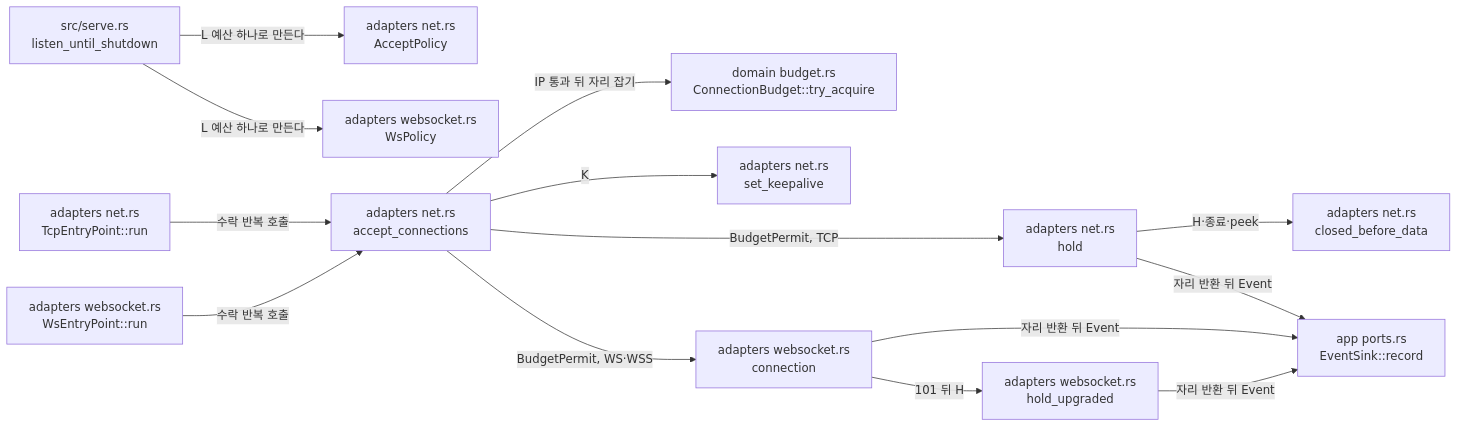
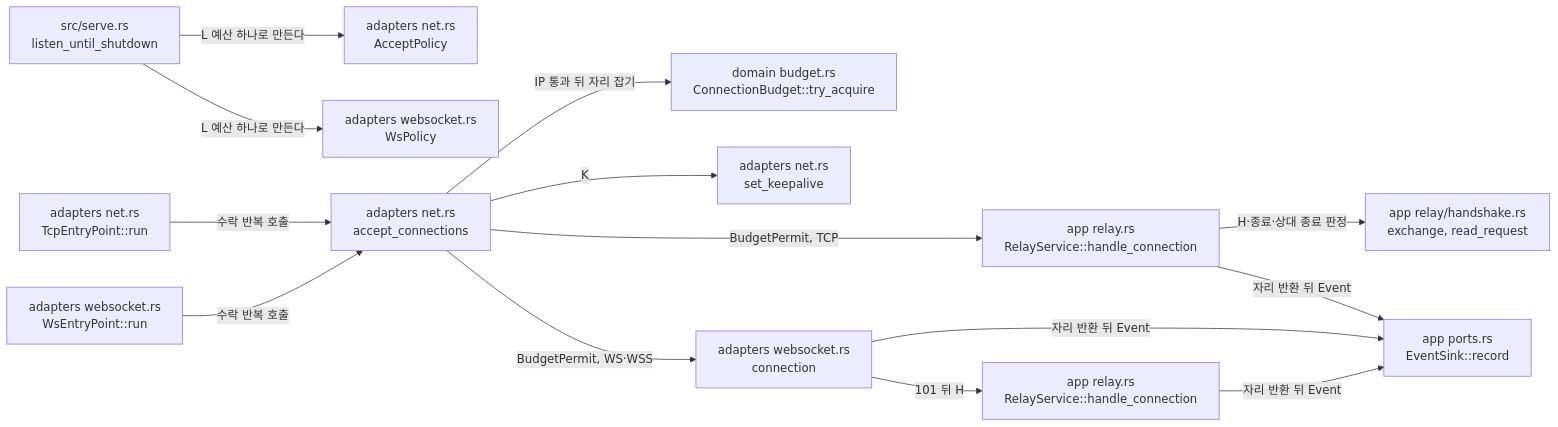
The diagram in docs/architectures/connection-limits.md (kayden-kim/vnc-relay), drawn with Mermaid before and after one commit. The commit also changed other lines of this file and 10 other files, not shown here.

First line of the commit message:
docs(architectures): record WS/WSS relay wiring, review fixes, and TargetConnectionLimit naming

````diff
--- a/docs/architectures/connection-limits.md
+++ b/docs/architectures/connection-limits.md
@@ -41,16 +41,16 @@
 ```mermaid
 flowchart LR
     SERVE["src/serve.rs<br/>listen_until_shutdown"] -->|"L 예산 하나로 만든다"| POLICY["adapters net.rs<br/>AcceptPolicy"]
     SERVE -->|"L 예산 하나로 만든다"| WSPOL["adapters websocket.rs<br/>WsPolicy"]
     EP["adapters net.rs<br/>TcpEntryPoint::run"] -->|"수락 반복 호출"| ACC["adapters net.rs<br/>accept_connections"]
     WSEP["adapters websocket.rs<br/>WsEntryPoint::run"] -->|"수락 반복 호출"| ACC
     ACC -->|"IP 통과 뒤 자리 잡기"| BUDGET["domain budget.rs<br/>ConnectionBudget::try_acquire"]
     ACC -->|"K"| KA["adapters net.rs<br/>set_keepalive"]
-    ACC -->|"BudgetPermit, TCP"| HOLD["adapters net.rs<br/>hold"]
+    ACC -->|"BudgetPermit, TCP"| TCPH["app relay.rs<br/>RelayService::handle_connection"]
     ACC -->|"BudgetPermit, WS·WSS"| UPG["adapters websocket.rs<br/>connection"]
-    HOLD -->|"H·종료·peek"| PEEK["adapters net.rs<br/>closed_before_data"]
-    UPG -->|"101 뒤 H"| HUP["adapters websocket.rs<br/>hold_upgraded"]
-    HOLD -->|"자리 반환 뒤 Event"| SINK["app ports.rs<br/>EventSink::record"]
+    TCPH -->|"H·종료·상대 종료 판정"| EXCH["app relay/handshake.rs<br/>exchange, read_request"]
+    UPG -->|"101 뒤 H"| HUP["app relay.rs<br/>RelayService::handle_connection"]
+    TCPH -->|"자리 반환 뒤 Event"| SINK["app ports.rs<br/>EventSink::record"]
     UPG -->|"자리 반환 뒤 Event"| SINK
     HUP -->|"자리 반환 뒤 Event"| SINK
 ```
````
